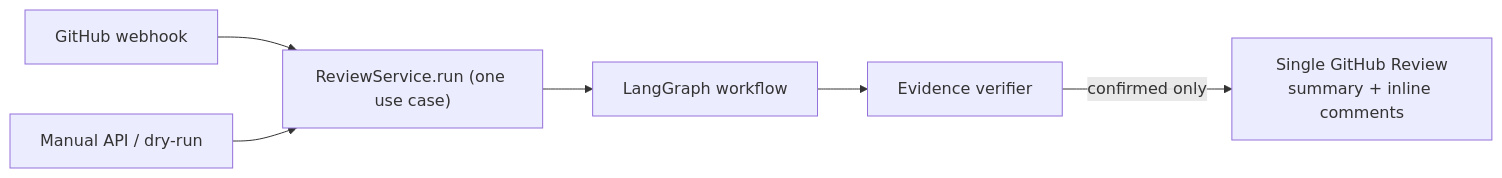
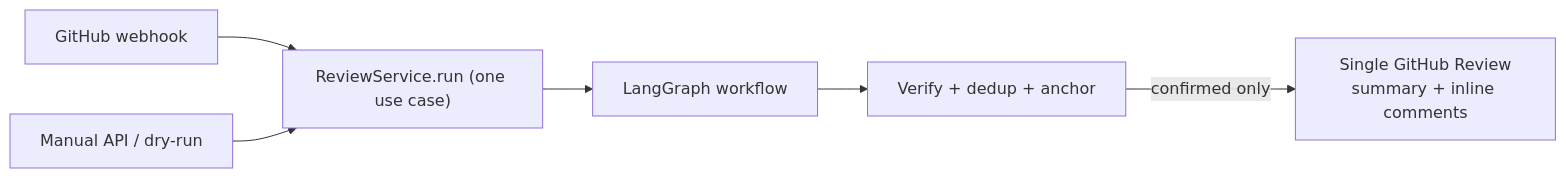
Before and after one commit to pablojacobi/bicho-pr-reviewer: the second of 2 diagrams in ARCHITECTURE.md, drawn with Mermaid. The commit also changed other lines of this file and 6 other files, not shown here.

First line of the commit message:
docs: update README/ARCHITECTURE/AGENTS for the complete pipeline; add ADRs 0007-0009 (#35)

````diff
--- a/ARCHITECTURE.md
+++ b/ARCHITECTURE.md
@@ -48,8 +57,8 @@
 ```mermaid
 flowchart LR
     WH[GitHub webhook] --> RS
     MAN[Manual API / dry-run] --> RS
     RS["ReviewService.run (one use case)"] --> G["LangGraph workflow"]
-    G --> V["Evidence verifier"]
+    G --> V["Verify + dedup + anchor"]
     V -->|confirmed only| REV["Single GitHub Review<br/>summary + inline comments"]
 ```
````
